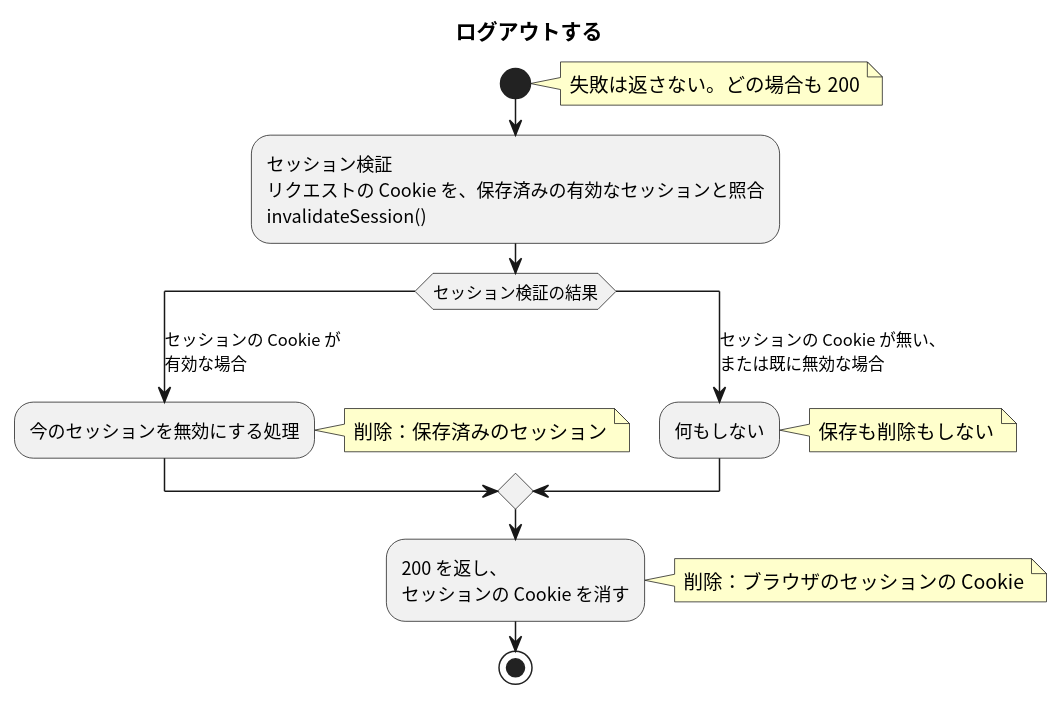
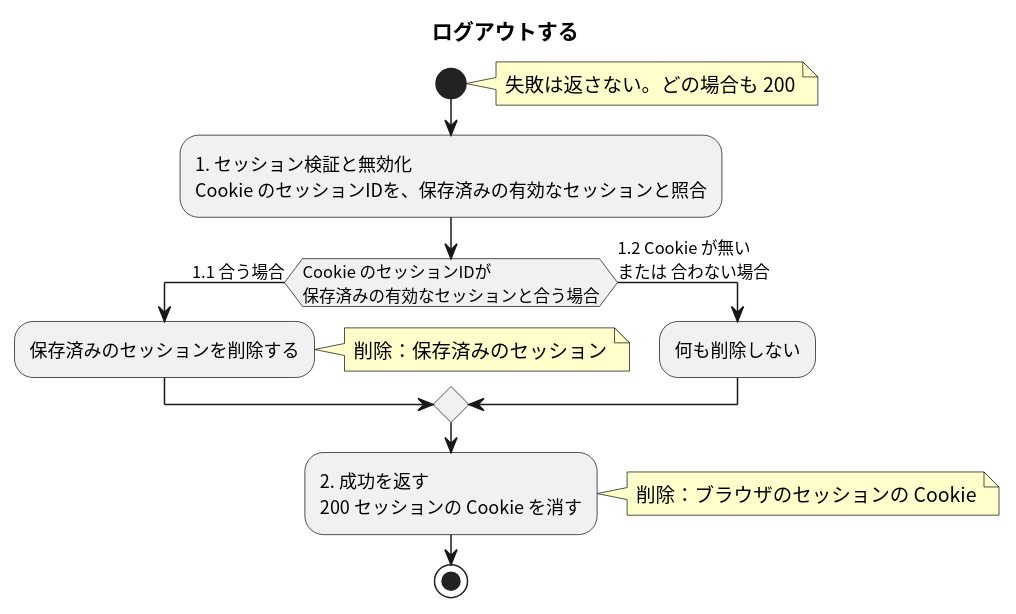
One commit to masamasamasato/design-doc-template changed the diagram in apis/logout/flow.puml. Above: the diagram before and after it, drawn with PlantUML. The commit also changed other lines of this file and 40 other files, not shown here.

```diff
--- a/apis/logout/flow.puml
+++ b/apis/logout/flow.puml
@@ -3,23 +3,21 @@
 @startuml
 skinparam shadowing false
 skinparam defaultFontName "Noto Sans CJK JP"
 skinparam ActivityFontName "Noto Sans CJK JP"
 skinparam NoteBackgroundColor #FFFFCC
 
 title ログアウトする
 
 start
 note right: 失敗は返さない。どの場合も 200
-:セッション検証\nリクエストの Cookie を、保存済みの有効なセッションと照合\ninvalidateSession();
-switch (セッション検証の結果)
-case (セッションの Cookie が\n有効な場合)
-  :今のセッションを無効にする処理;
+:1. セッション検証と無効化\nCookie のセッションIDを、保存済みの有効なセッションと照合;
+if (Cookie のセッションIDが\n保存済みの有効なセッションと合う場合) then (1.1 合う場合)
+  :保存済みのセッションを削除する;
   note right: 削除：保存済みのセッション
-case (セッションの Cookie が無い、\nまたは既に無効な場合)
-  :何もしない;
-  note right: 保存も削除もしない
-endswitch
-:200 を返し、\nセッションの Cookie を消す;
+else (1.2 Cookie が無い\nまたは 合わない場合)
+  :何も削除しない;
+endif
+:2. 成功を返す\n200 セッションの Cookie を消す;
 note right: 削除：ブラウザのセッションの Cookie
 stop
 @enduml
```
